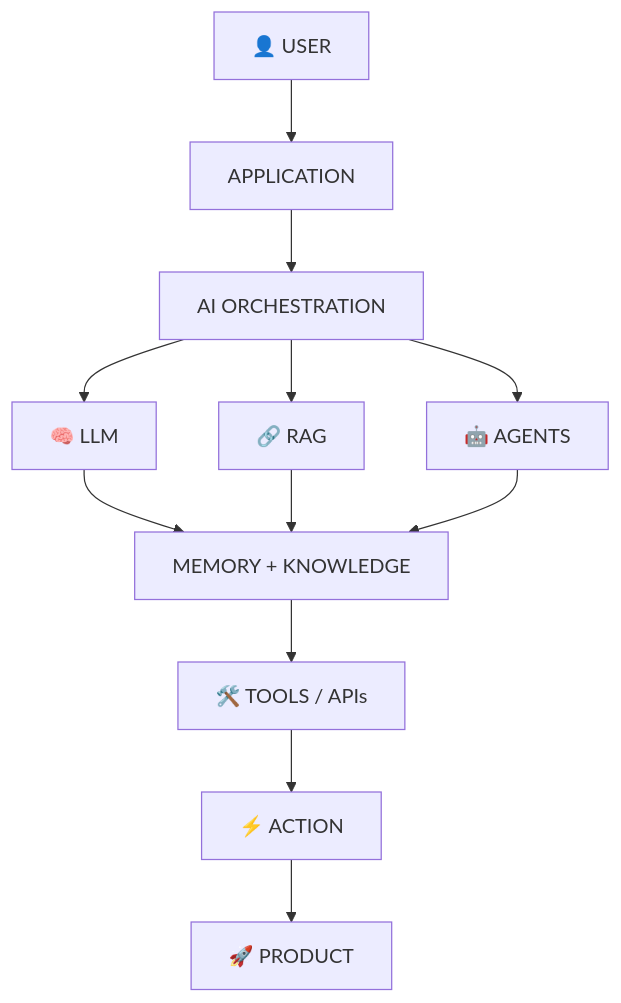
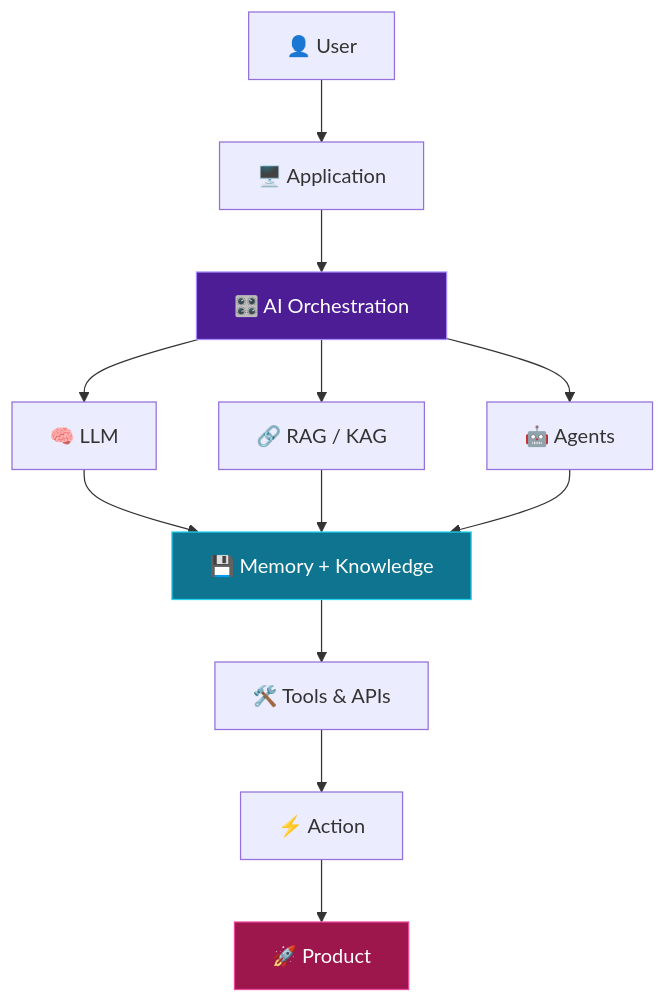
The fourth of 4 diagrams in README.md (Krishgoyal31/Krishgoyal31), drawn with Mermaid before and after one commit. The commit also changed other lines of this file, not shown here.

````diff
--- a/README.md
+++ b/README.md
@@ -141,13 +182,14 @@
 ```mermaid
 flowchart TD
-    U[👤 USER] --> AP[APPLICATION] --> OR[AI ORCHESTRATION]
-    OR --> LLM[🧠 LLM]
-    OR --> RAG[🔗 RAG]
-    OR --> AG[🤖 AGENTS]
-    LLM --> MEM[MEMORY + KNOWLEDGE]
+    U["👤 User"] --> APP["🖥️ Application"] --> OR["🎛️ AI Orchestration"]
+    OR --> LLM["🧠 LLM"]
+    OR --> RAG["🔗 RAG / KAG"]
+    OR --> AG["🤖 Agents"]
+    LLM --> MEM["💾 Memory + Knowledge"]
     RAG --> MEM
     AG --> MEM
-    MEM --> TOOLS[🛠️ TOOLS / APIs]
-    TOOLS --> ACT[⚡ ACTION]
-    ACT --> PROD[🚀 PRODUCT]
+    MEM --> TOOLS["🛠️ Tools & APIs"] --> ACT["⚡ Action"] --> PROD["🚀 Product"]
+    style OR fill:#4C1D95,stroke:#A78BFA,color:#fff
+    style MEM fill:#0E7490,stroke:#22D3EE,color:#fff
+    style PROD fill:#9D174D,stroke:#EC4899,color:#fff
 ```
````
